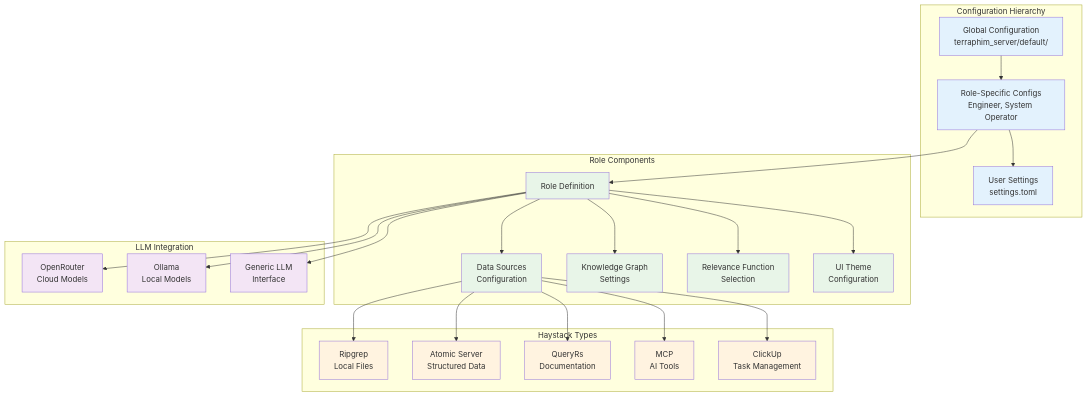
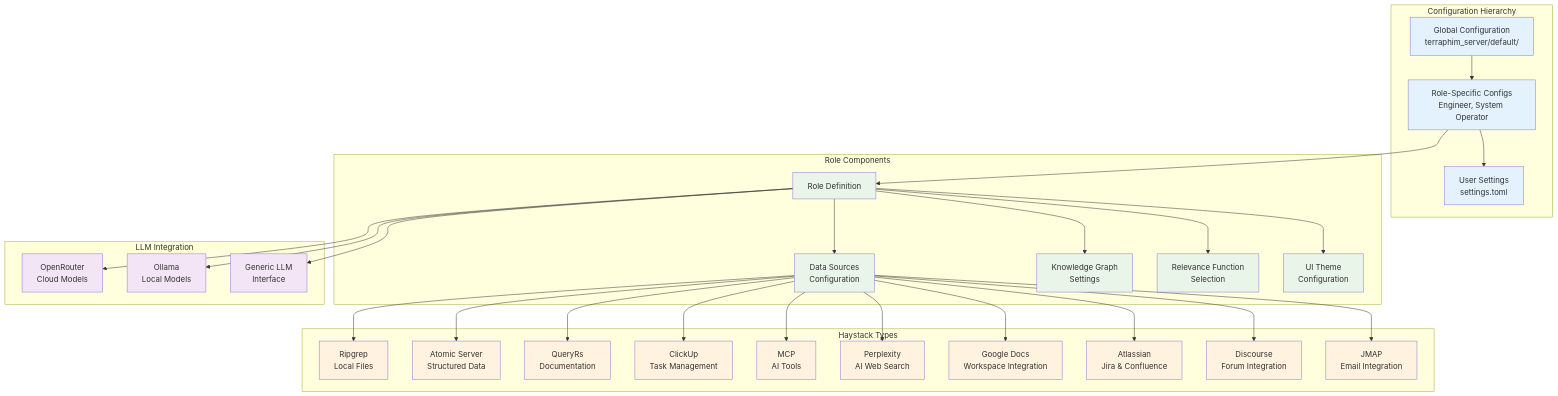
One commit to terraphim/terraphim-ai changed the fourth of 8 diagrams in docs/src/Architecture.md. Above: the diagram before and after it, drawn with Mermaid. The commit also changed other lines of this file and 11 other files, not shown here.

Commit message:
docs(architecture): update diagrams

````diff
--- a/docs/src/Architecture.md
+++ b/docs/src/Architecture.md
@@ -224,59 +417,69 @@
 ```mermaid
 graph TB
     subgraph "Configuration Hierarchy"
         GlobalConfig[Global Configuration<br/>terraphim_server/default/]
         RoleConfigs[Role-Specific Configs<br/>Engineer, System Operator]
         UserSettings[User Settings<br/>settings.toml]
     end
 
     subgraph "Role Components"
         Role[Role Definition]
         Haystacks[Data Sources<br/>Configuration]
         KnowledgeGraph[Knowledge Graph<br/>Settings]
         RelevanceFunction[Relevance Function<br/>Selection]
         Theme[UI Theme<br/>Configuration]
     end
 
     subgraph "Haystack Types"
         RipgrepConfig[Ripgrep<br/>Local Files]
         AtomicConfig[Atomic Server<br/>Structured Data]
         QueryRsConfig[QueryRs<br/>Documentation]
+        ClickUpConfig[ClickUp<br/>Task Management]
         MCPConfig[MCP<br/>AI Tools]
-        ClickUpConfig[ClickUp<br/>Task Management]
+        PerplexityConfig[Perplexity<br/>AI Web Search]
+        GoogleDocsConfig[Google Docs<br/>Workspace Integration]
+        AtlassianConfig[Atlassian<br/>Jira & Confluence]
+        DiscourseConfig[Discourse<br/>Forum Integration]
+        JMAPConfig[JMAP<br/>Email Integration]
     end
 
     subgraph "LLM Integration"
         OpenRouter[OpenRouter<br/>Cloud Models]
         Ollama[Ollama<br/>Local Models]
         GenericLLM[Generic LLM<br/>Interface]
     end
 
     GlobalConfig --> RoleConfigs
     RoleConfigs --> UserSettings
 
     RoleConfigs --> Role
     Role --> Haystacks
     Role --> KnowledgeGraph
     Role --> RelevanceFunction
     Role --> Theme
 
     Haystacks --> RipgrepConfig
     Haystacks --> AtomicConfig
     Haystacks --> QueryRsConfig
+    Haystacks --> ClickUpConfig
     Haystacks --> MCPConfig
-    Haystacks --> ClickUpConfig
+    Haystacks --> PerplexityConfig
+    Haystacks --> GoogleDocsConfig
+    Haystacks --> AtlassianConfig
+    Haystacks --> DiscourseConfig
+    Haystacks --> JMAPConfig
 
     Role --> OpenRouter
     Role --> Ollama
     Role --> GenericLLM
 
     classDef configLayer fill:#e3f2fd
     classDef roleLayer fill:#e8f5e8
     classDef haystackLayer fill:#fff3e0
     classDef llmLayer fill:#f3e5f5
 
     class GlobalConfig,RoleConfigs,UserSettings configLayer
     class Role,Haystacks,KnowledgeGraph,RelevanceFunction,Theme roleLayer
-    class RipgrepConfig,AtomicConfig,QueryRsConfig,MCPConfig,ClickUpConfig haystackLayer
+    class RipgrepConfig,AtomicConfig,QueryRsConfig,ClickUpConfig,MCPConfig,PerplexityConfig,GoogleDocsConfig,AtlassianConfig,DiscourseConfig,JMAPConfig haystackLayer
     class OpenRouter,Ollama,GenericLLM llmLayer
 ```
````
